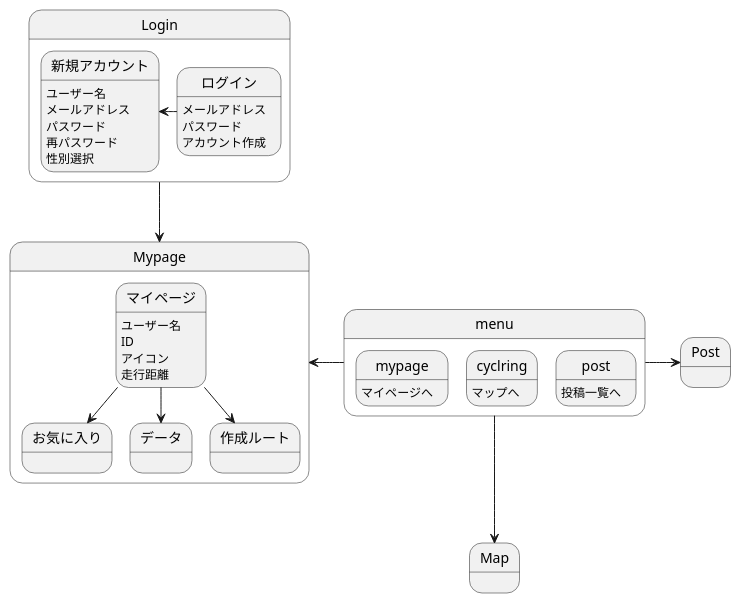
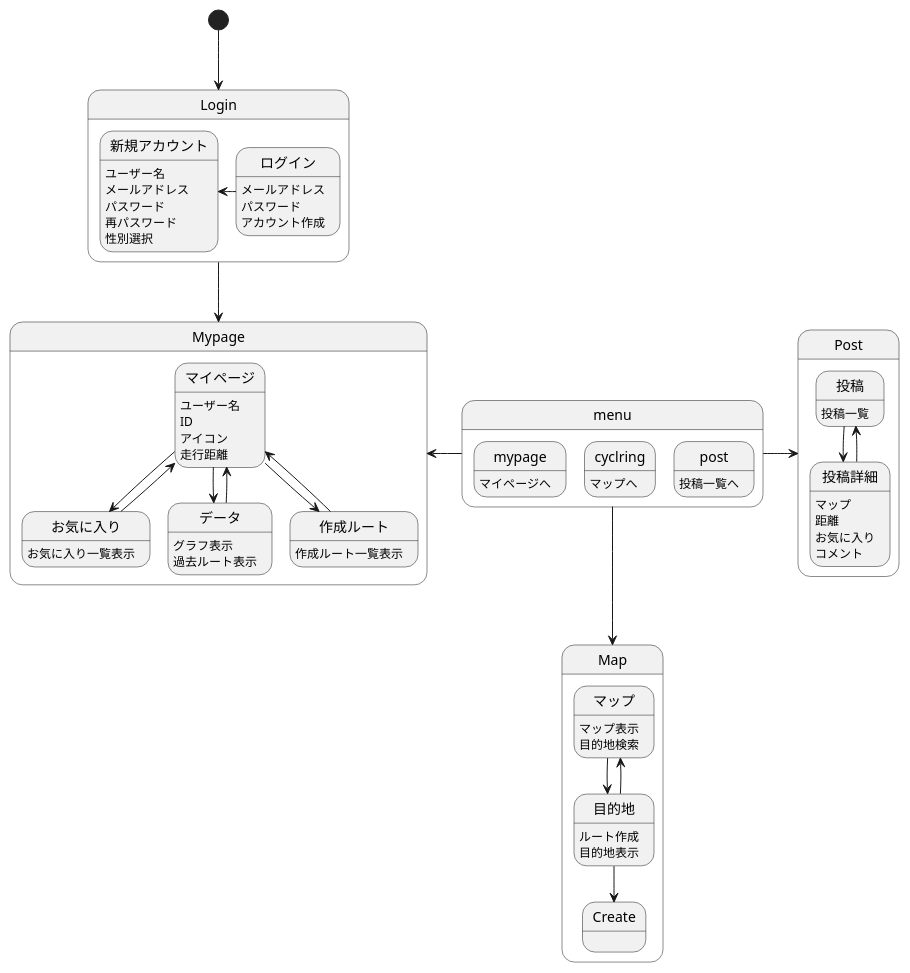
The diagram in 画面遷移図/gm.md (AsoSD3A3/CyclingSystem), drawn with PlantUML before and after one commit.

````diff
--- a/画面遷移図/gm.md
+++ b/画面遷移図/gm.md
@@ -1,49 +1,76 @@
 ```uml
 @startuml
 
 state menu{
 mypage:マイページへ
 cyclring:マップへ
 post:投稿一覧へ
 }
 
 menu-left->Mypage
 menu-down->Map
 menu-right->Post
 
+[*]-down->Login
 state Login{
 ログイン:メールアドレス
 ログイン:パスワード
 ログイン:アカウント作成
 
 ログイン-left->新規アカウント
 
 新規アカウント:ユーザー名
 新規アカウント:メールアドレス
 新規アカウント:パスワード
 新規アカウント:再パスワード
 新規アカウント:性別選択
 }
 
 Login-down->Mypage
 
 state Mypage{
 マイページ:ユーザー名
 マイページ:ID
 マイページ:アイコン
 マイページ:走行距離
 マイページ-down->お気に入り
+お気に入り-->マイページ
 マイページ-down->データ
+データ-->マイページ
 マイページ-down->作成ルート
+作成ルート-->マイページ
+
+お気に入り:お気に入り一覧表示
+データ:グラフ表示
+データ:過去ルート表示
+作成ルート:作成ルート一覧表示
 }
 
 state Map{
 
+マップ:マップ表示
+マップ:目的地検索
+マップ-down->目的地
+目的地-->マップ
+目的地:ルート作成
+目的地:目的地表示
+目的地-down->Create
+state Create{
+
+}
 }
 
 state Post{
+
+投稿:投稿一覧
+投稿-down->投稿詳細
+投稿詳細-->投稿
+投稿詳細:マップ
+投稿詳細:距離
+投稿詳細:お気に入り
+投稿詳細:コメント
 
 }
 
 @enduml
 ```
````
